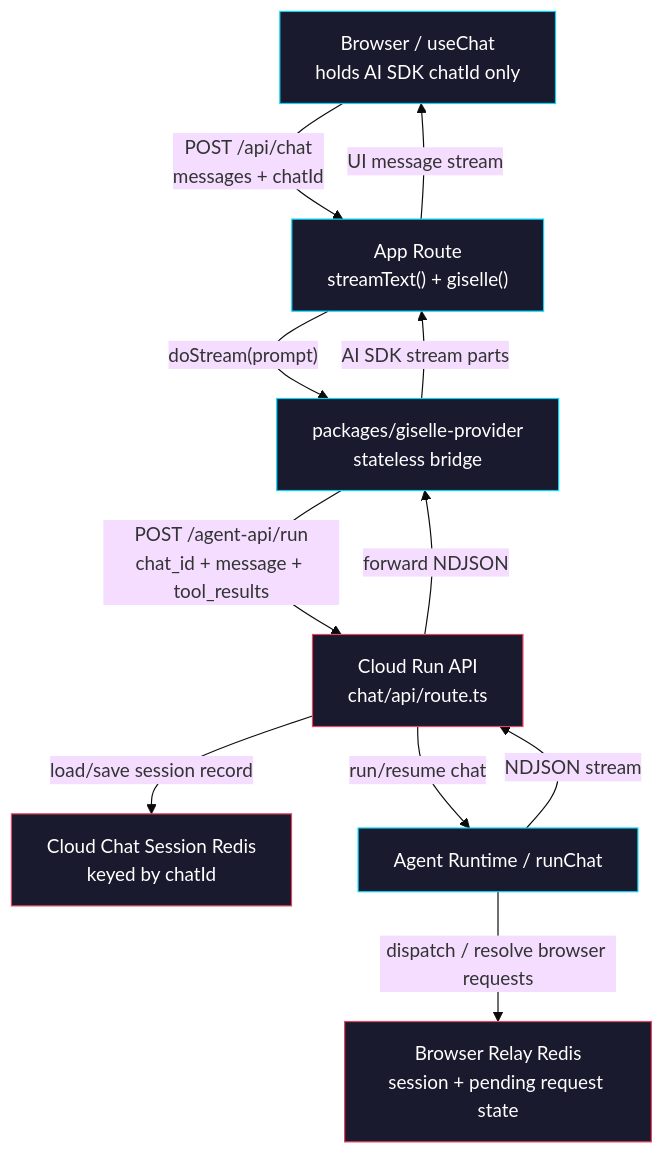
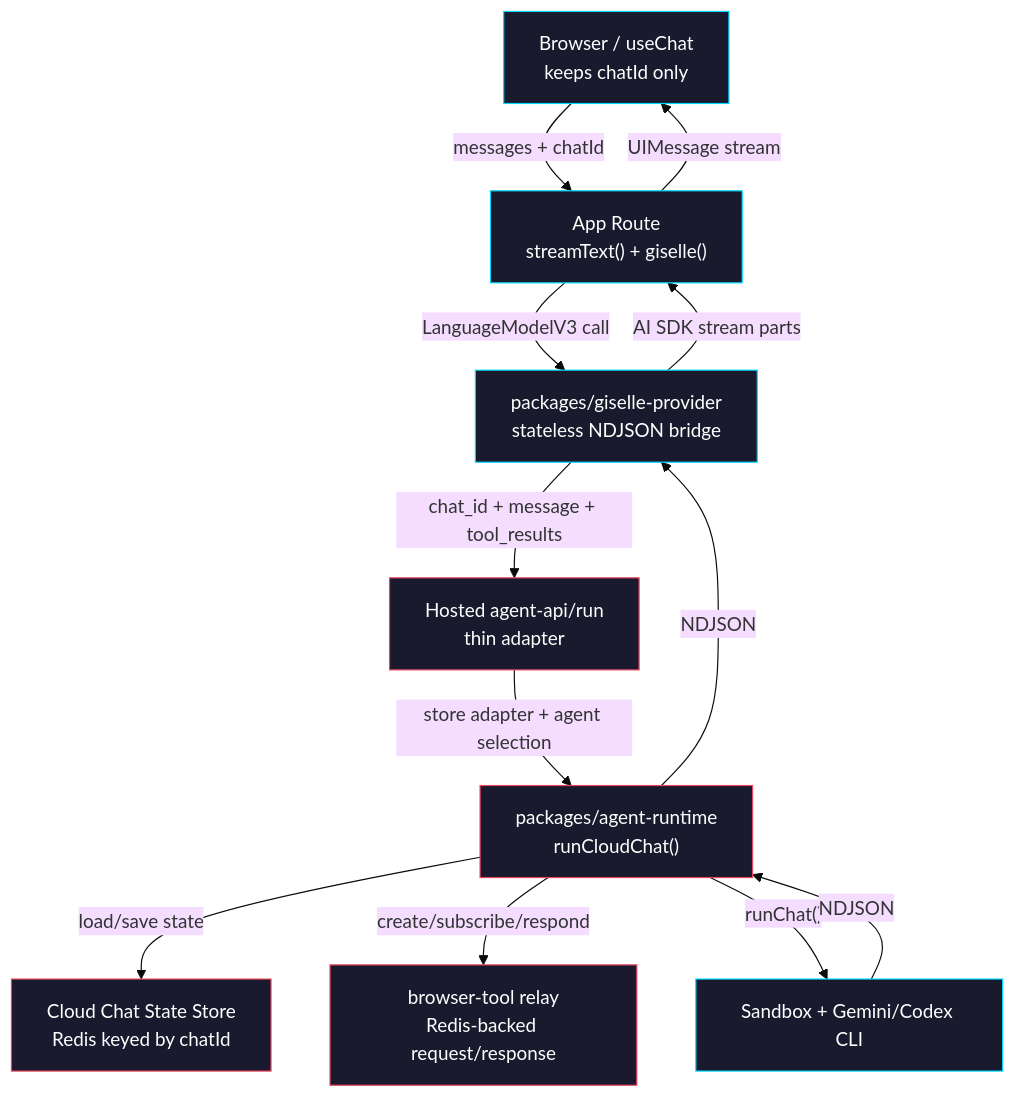
The first of 2 diagrams in tasks/cloud-owned-chat-state/AGENTS.md (giselles-ai/agent-container), drawn with Mermaid (base theme) before and after one commit. The commit also changed other lines of this file and 10 other files, not shown here.

Commit message:
refactor(docs): restructure epic phases to runtime-owned chat state

````diff
--- a/tasks/cloud-owned-chat-state/AGENTS.md
+++ b/tasks/cloud-owned-chat-state/AGENTS.md
@@ -22,29 +21,32 @@
 ```mermaid
 flowchart TD
-    Browser["Browser / useChat<br/>holds AI SDK chatId only"]
-    DemoRoute["App Route<br/>streamText() + giselle()"]
-    Provider["packages/giselle-provider<br/>stateless bridge"]
-    CloudRun["Cloud Run API<br/>chat/api/route.ts"]
-    ChatRedis["Cloud Chat Session Redis<br/>keyed by chatId"]
-    RelayStore["Browser Relay Redis<br/>session + pending request state"]
-    Agent["Agent Runtime / runChat"]
+    Browser["Browser / useChat<br/>keeps chatId only"]
+    AppRoute["App Route<br/>streamText() + giselle()"]
+    Provider["packages/giselle-provider<br/>stateless NDJSON bridge"]
+    CloudRoute["Hosted agent-api/run<br/>thin adapter"]
+    Runtime["packages/agent-runtime<br/>runCloudChat()"]
+    ChatState["Cloud Chat State Store<br/>Redis keyed by chatId"]
+    Relay["browser-tool relay<br/>Redis-backed request/response"]
+    Sandbox["Sandbox + Gemini/Codex CLI"]
 
-    Browser -->|"POST /api/chat<br/>messages + chatId"| DemoRoute
-    DemoRoute -->|"doStream(prompt)"| Provider
-    Provider -->|"POST /agent-api/run<br/>chat_id + message + tool_results"| CloudRun
-    CloudRun -->|"load/save session record"| ChatRedis
-    CloudRun -->|"run/resume chat"| Agent
-    Agent -->|"dispatch / resolve browser requests"| RelayStore
-    Agent -->|"NDJSON stream"| CloudRun
-    CloudRun -->|"forward NDJSON"| Provider
-    Provider -->|"AI SDK stream parts"| DemoRoute
-    DemoRoute -->|"UI message stream"| Browser
+    Browser -->|"messages + chatId"| AppRoute
+    AppRoute -->|"LanguageModelV3 call"| Provider
+    Provider -->|"chat_id + message + tool_results"| CloudRoute
+    CloudRoute -->|"store adapter + agent selection"| Runtime
+    Runtime -->|"load/save state"| ChatState
+    Runtime -->|"create/subscribe/respond"| Relay
+    Runtime -->|"runChat()"| Sandbox
+    Sandbox -->|"NDJSON"| Runtime
+    Runtime -->|"NDJSON"| Provider
+    Provider -->|"AI SDK stream parts"| AppRoute
+    AppRoute -->|"UIMessage stream"| Browser
 
     style Browser fill:#1a1a2e,stroke:#00d9ff,color:#ffffff
-    style DemoRoute fill:#1a1a2e,stroke:#00d9ff,color:#ffffff
+    style AppRoute fill:#1a1a2e,stroke:#00d9ff,color:#ffffff
     style Provider fill:#1a1a2e,stroke:#00d9ff,color:#ffffff
-    style CloudRun fill:#1a1a2e,stroke:#e94560,color:#ffffff
-    style ChatRedis fill:#1a1a2e,stroke:#e94560,color:#ffffff
-    style RelayStore fill:#1a1a2e,stroke:#e94560,color:#ffffff
-    style Agent fill:#1a1a2e,stroke:#00d9ff,color:#ffffff
+    style CloudRoute fill:#1a1a2e,stroke:#e94560,color:#ffffff
+    style Runtime fill:#1a1a2e,stroke:#e94560,color:#ffffff
+    style ChatState fill:#1a1a2e,stroke:#e94560,color:#ffffff
+    style Relay fill:#1a1a2e,stroke:#e94560,color:#ffffff
+    style Sandbox fill:#1a1a2e,stroke:#00d9ff,color:#ffffff
 ```
````
